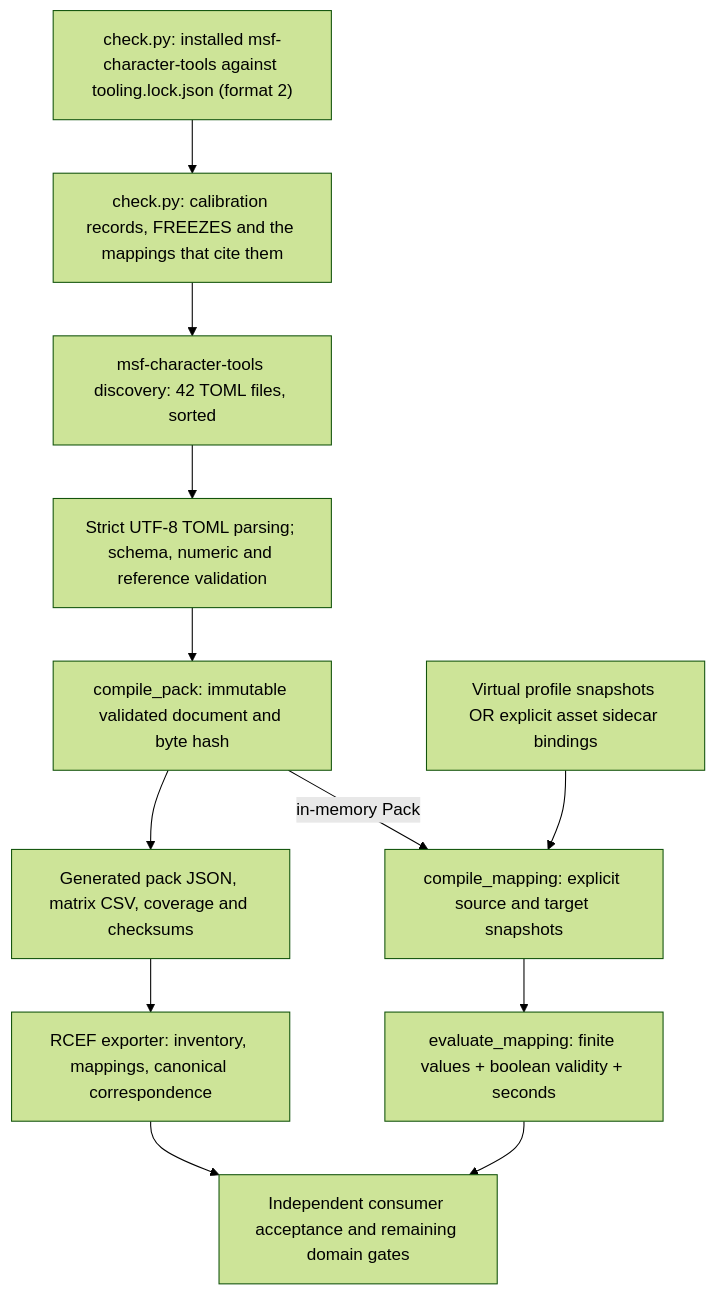
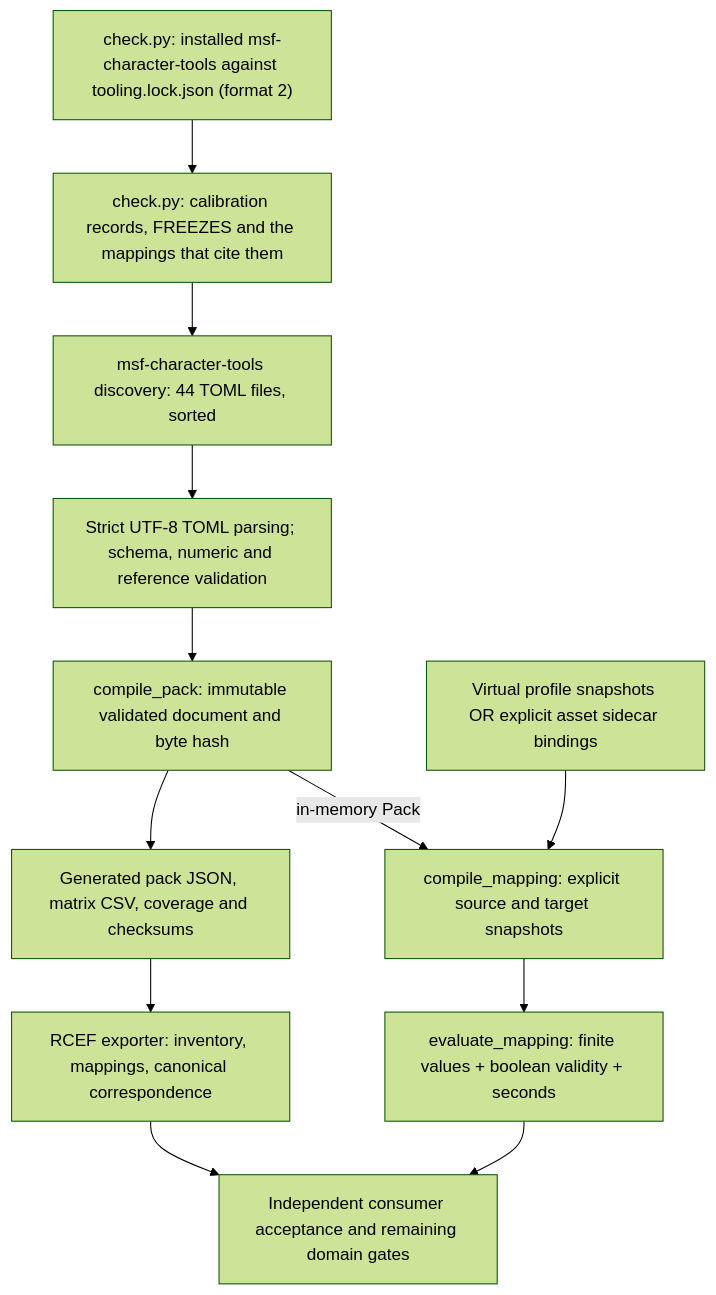
Before and after one commit to MetaverseStandards/RCEF: the first of 2 diagrams in docs/architecture.md, drawn with Mermaid (forest theme). The commit also changed other lines of this file and 4 other files, not shown here.

````diff
--- a/docs/architecture.md
+++ b/docs/architecture.md
@@ -31,14 +32,14 @@
 ```mermaid
 flowchart TD
     L["check.py: installed msf-character-tools against tooling.lock.json (format 2)"] --> K["check.py: calibration records, FREEZES and the mappings that cite them"]
-    K --> B["msf-character-tools discovery: 42 TOML files, sorted"]
+    K --> B["msf-character-tools discovery: 44 TOML files, sorted"]
     B --> C["Strict UTF-8 TOML parsing; schema, numeric and reference validation"]
     C --> D["compile_pack: immutable validated document and byte hash"]
     D --> E["Generated pack JSON, matrix CSV, coverage and checksums"]
     D -->|in-memory Pack| F["compile_mapping: explicit source and target snapshots"]
     P["Virtual profile snapshots OR explicit asset sidecar bindings"] --> F
     F --> G["evaluate_mapping: finite values + boolean validity + seconds"]
     E --> H["RCEF exporter: inventory, mappings, canonical correspondence"]
     G --> I["Independent consumer acceptance and remaining domain gates"]
     H --> I
 ```
````
